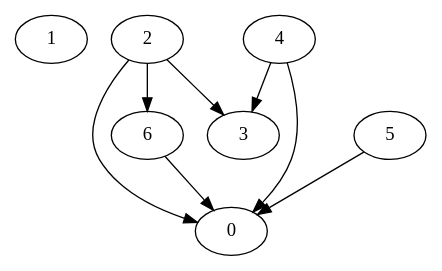
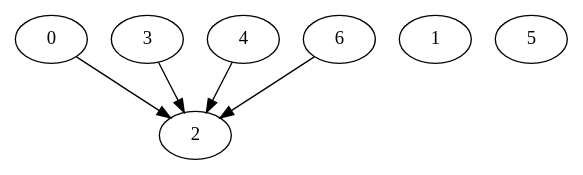
Before and after one commit to nreusch/TSNConf: the diagram in utils/apps/app.dot, drawn with Graphviz. The commit also changed 8 other files, not shown here.

```diff
--- a/utils/apps/app.dot
+++ b/utils/apps/app.dot
@@ -1,10 +1,8 @@
 digraph dag {
+	0 -> 2;
 	1;
-	2 -> 0;
-	2 -> 3;
-	2 -> 6;
-	4 -> 0;
-	4 -> 3;
-	5 -> 0;
-	6 -> 0;
+	3 -> 2;
+	4 -> 2;
+	5;
+	6 -> 2;
 }
```
